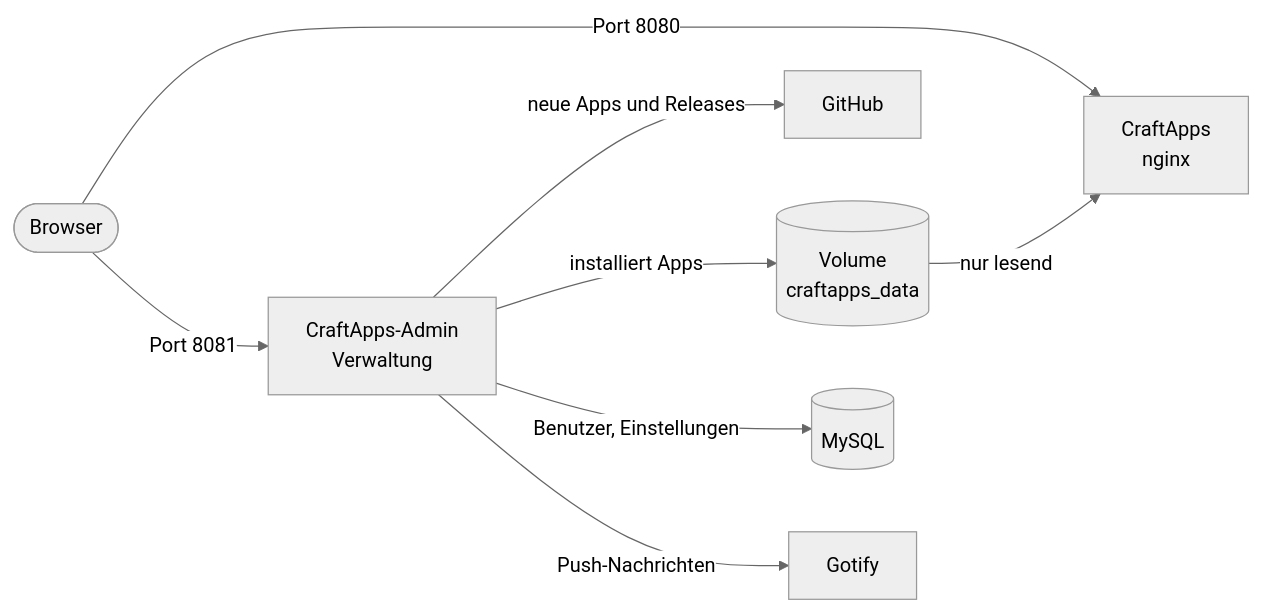
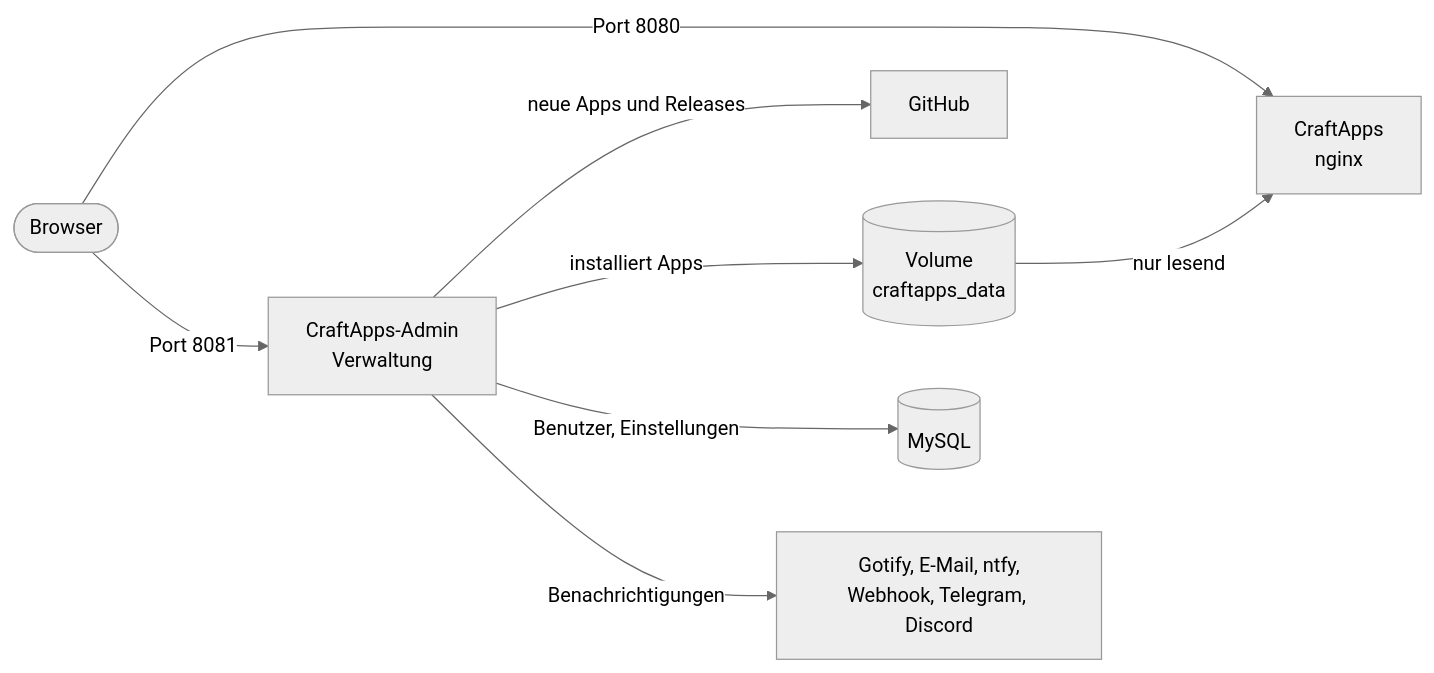
Before and after one commit to Pr0gh4nt3r/CraftApps: the second of 4 diagrams in README.de.md, drawn with Mermaid (neutral theme). The commit also changed other lines of this file and 39 other files, not shown here.

Commit message:
feat(#2): add notification channels with email, ntfy, webhook, telegram and discord

````diff
--- a/README.de.md
+++ b/README.de.md
@@ -86,10 +87,10 @@
 ```mermaid
 flowchart LR
   browser(["Browser"]) -->|"Port 8080"| web["CraftApps<br/>nginx"]
   browser -->|"Port 8081"| admin["CraftApps-Admin<br/>Verwaltung"]
   admin -->|"neue Apps und Releases"| github["GitHub"]
   admin -->|"installiert Apps"| data[("Volume<br/>craftapps_data")]
   data -->|"nur lesend"| web
   admin -->|"Benutzer, Einstellungen"| mysql[("MySQL")]
-  admin -->|"Push-Nachrichten"| gotify["Gotify"]
+  admin -->|"Benachrichtigungen"| notify["Gotify, E-Mail, ntfy,<br/>Webhook, Telegram, Discord"]
 ```
````
